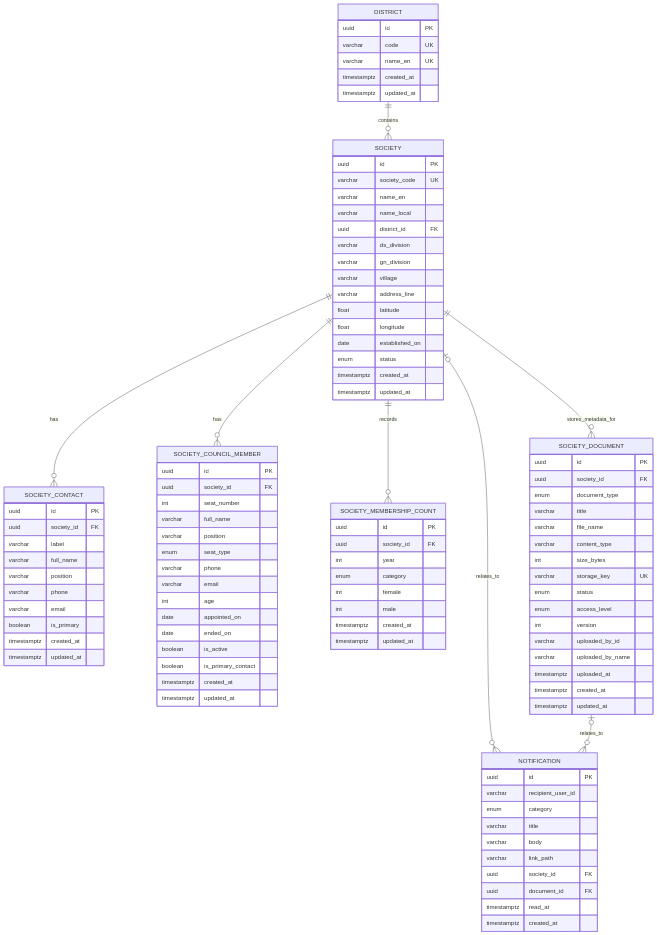
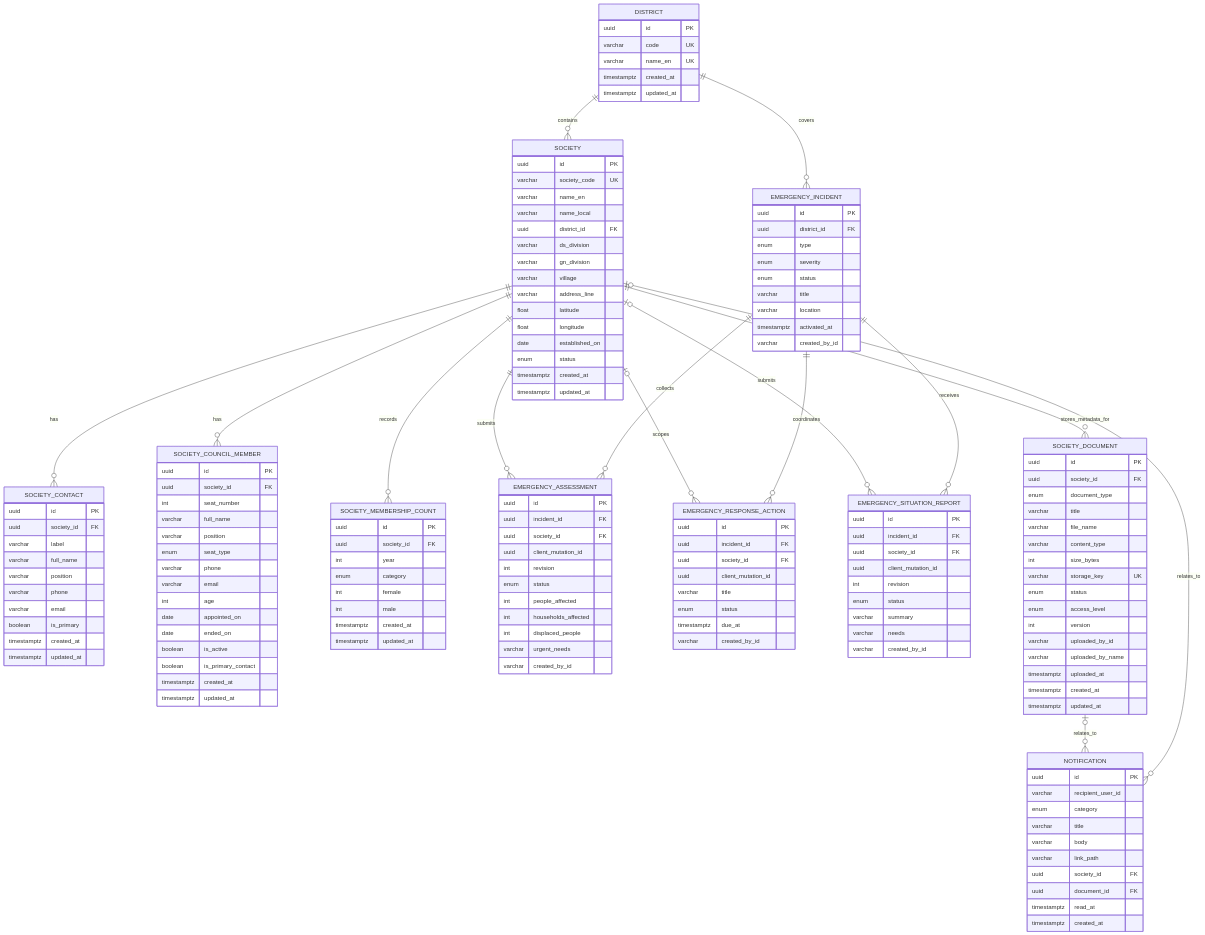
One commit to sarvodaya-connect/sarvodaya-connect changed the third of 5 diagrams in README.md. Above: the diagram before and after it, drawn with Mermaid. The commit also changed other lines of this file and 34 other files, not shown here.

Commit message:
feat(emergency): integrate offline response workflows

```diff
--- a/README.md
+++ b/README.md
@@ -279,6 +279,55 @@
         timestamptz updated_at
     }
 
+    EMERGENCY_INCIDENT {
+        uuid id PK
+        uuid district_id FK
+        enum type
+        enum severity
+        enum status
+        varchar title
+        varchar location
+        timestamptz activated_at
+        varchar created_by_id
+    }
+
+    EMERGENCY_ASSESSMENT {
+        uuid id PK
+        uuid incident_id FK
+        uuid society_id FK
+        uuid client_mutation_id
+        int revision
+        enum status
+        int people_affected
+        int households_affected
+        int displaced_people
+        varchar urgent_needs
+        varchar created_by_id
+    }
+
+    EMERGENCY_RESPONSE_ACTION {
+        uuid id PK
+        uuid incident_id FK
+        uuid society_id FK
+        uuid client_mutation_id
+        varchar title
+        enum status
+        timestamptz due_at
+        varchar created_by_id
+    }
+
+    EMERGENCY_SITUATION_REPORT {
+        uuid id PK
+        uuid incident_id FK
+        uuid society_id FK
+        uuid client_mutation_id
+        int revision
+        enum status
+        varchar summary
+        varchar needs
+        varchar created_by_id
+    }
+
     SOCIETY_DOCUMENT {
         uuid id PK
         uuid society_id FK
@@ -312,6 +361,13 @@
     }
 
     DISTRICT ||--o{ SOCIETY : contains
+    DISTRICT ||--o{ EMERGENCY_INCIDENT : covers
+    EMERGENCY_INCIDENT ||--o{ EMERGENCY_ASSESSMENT : collects
+    SOCIETY ||--o{ EMERGENCY_ASSESSMENT : submits
+    EMERGENCY_INCIDENT ||--o{ EMERGENCY_RESPONSE_ACTION : coordinates
+    SOCIETY o|--o{ EMERGENCY_RESPONSE_ACTION : scopes
+    EMERGENCY_INCIDENT ||--o{ EMERGENCY_SITUATION_REPORT : receives
+    SOCIETY o|--o{ EMERGENCY_SITUATION_REPORT : submits
     SOCIETY ||--o{ SOCIETY_CONTACT : has
     SOCIETY ||--o{ SOCIETY_COUNCIL_MEMBER : has
     SOCIETY ||--o{ SOCIETY_MEMBERSHIP_COUNT : records
```
